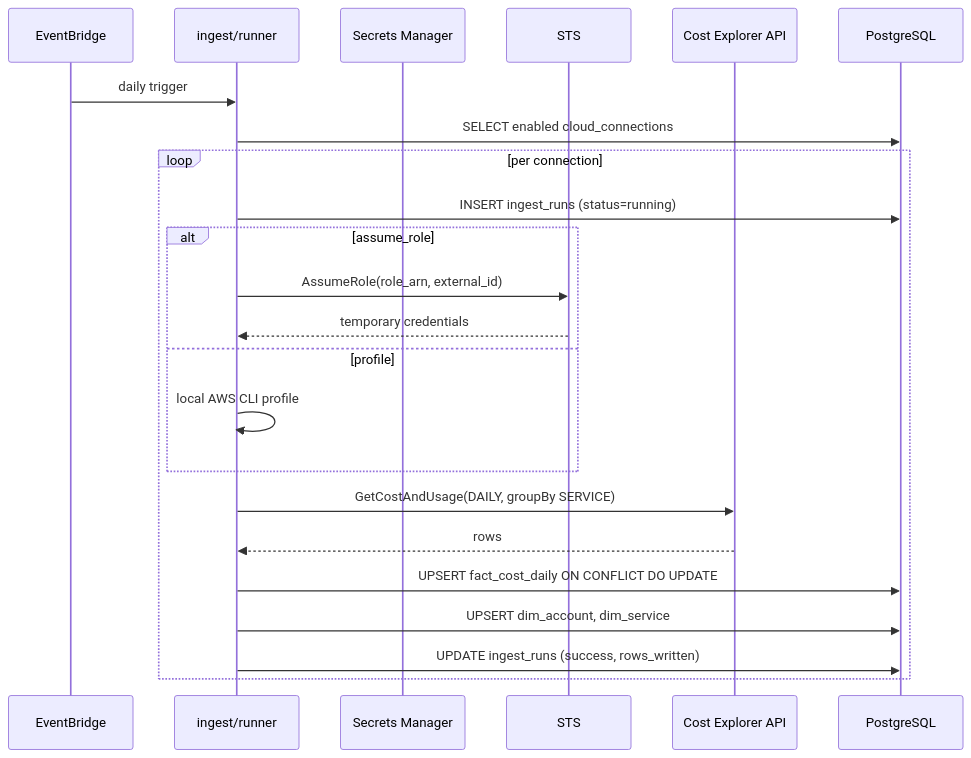
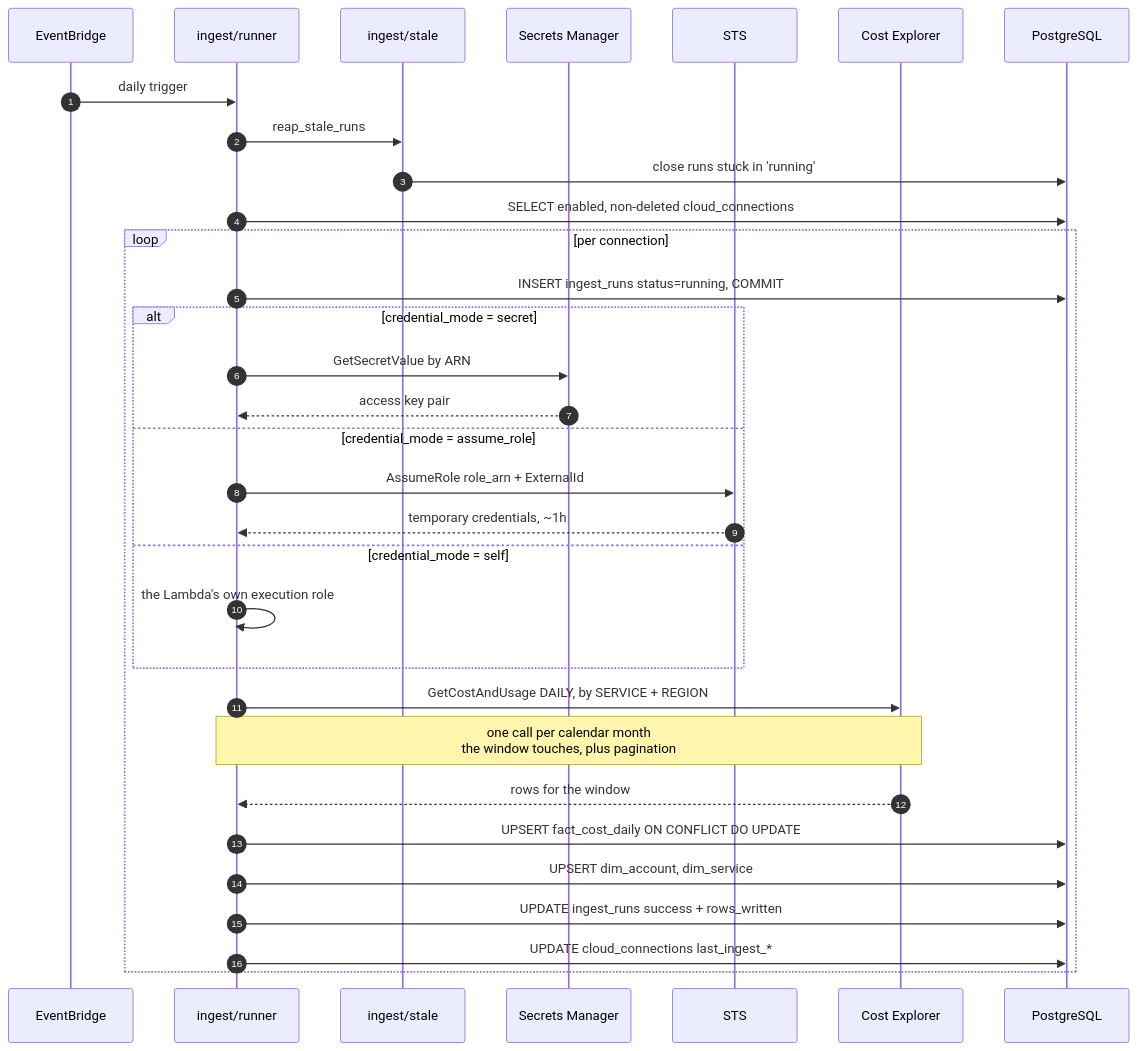
One commit to Hemanth0411/Cloud_Cost_Intelligence_Hub changed the first of 5 diagrams in docs/04-data-flow.md. Above: the diagram before and after it, drawn with Mermaid. The commit also changed other lines of this file and 15 other files, not shown here.

````diff
--- a/docs/04-data-flow.md
+++ b/docs/04-data-flow.md
@@ -11,26 +18,36 @@
 ```mermaid
 sequenceDiagram
+    autonumber
     participant EB as EventBridge
     participant R as ingest/runner
+    participant ST as ingest/stale
     participant SM as Secrets Manager
     participant STS as STS
-    participant CE as Cost Explorer API
+    participant CE as Cost Explorer
     participant PG as PostgreSQL
 
     EB->>R: daily trigger
-    R->>PG: SELECT enabled cloud_connections
+    R->>ST: reap_stale_runs
+    ST->>PG: close runs stuck in 'running'
+    R->>PG: SELECT enabled, non-deleted cloud_connections
+
     loop per connection
-        R->>PG: INSERT ingest_runs (status=running)
-        alt assume_role
-            R->>STS: AssumeRole(role_arn, external_id)
-            STS-->>R: temporary credentials
-        else profile
-            R->>R: local AWS CLI profile
+        R->>PG: INSERT ingest_runs status=running, COMMIT
+        alt credential_mode = secret
+            R->>SM: GetSecretValue by ARN
+            SM-->>R: access key pair
+        else credential_mode = assume_role
+            R->>STS: AssumeRole role_arn + ExternalId
+            STS-->>R: temporary credentials, ~1h
+        else credential_mode = self
+            R->>R: the Lambda's own execution role
         end
-        R->>CE: GetCostAndUsage(DAILY, groupBy SERVICE)
-        CE-->>R: rows
+        R->>CE: GetCostAndUsage DAILY, by SERVICE + REGION
+        Note over R,CE: one call per calendar month<br/>the window touches, plus pagination
+        CE-->>R: rows for the window
         R->>PG: UPSERT fact_cost_daily ON CONFLICT DO UPDATE
         R->>PG: UPSERT dim_account, dim_service
-        R->>PG: UPDATE ingest_runs (success, rows_written)
+        R->>PG: UPDATE ingest_runs success + rows_written
+        R->>PG: UPDATE cloud_connections last_ingest_*
     end
 ```
````
